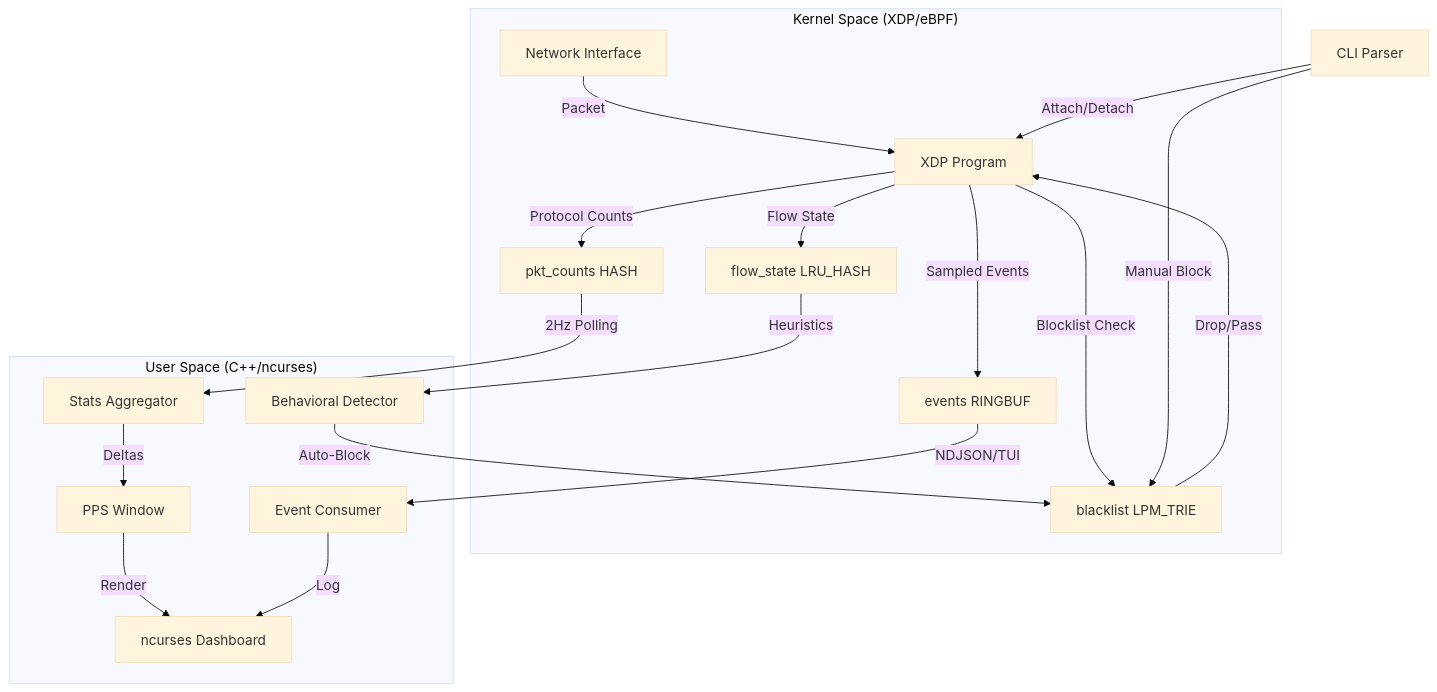
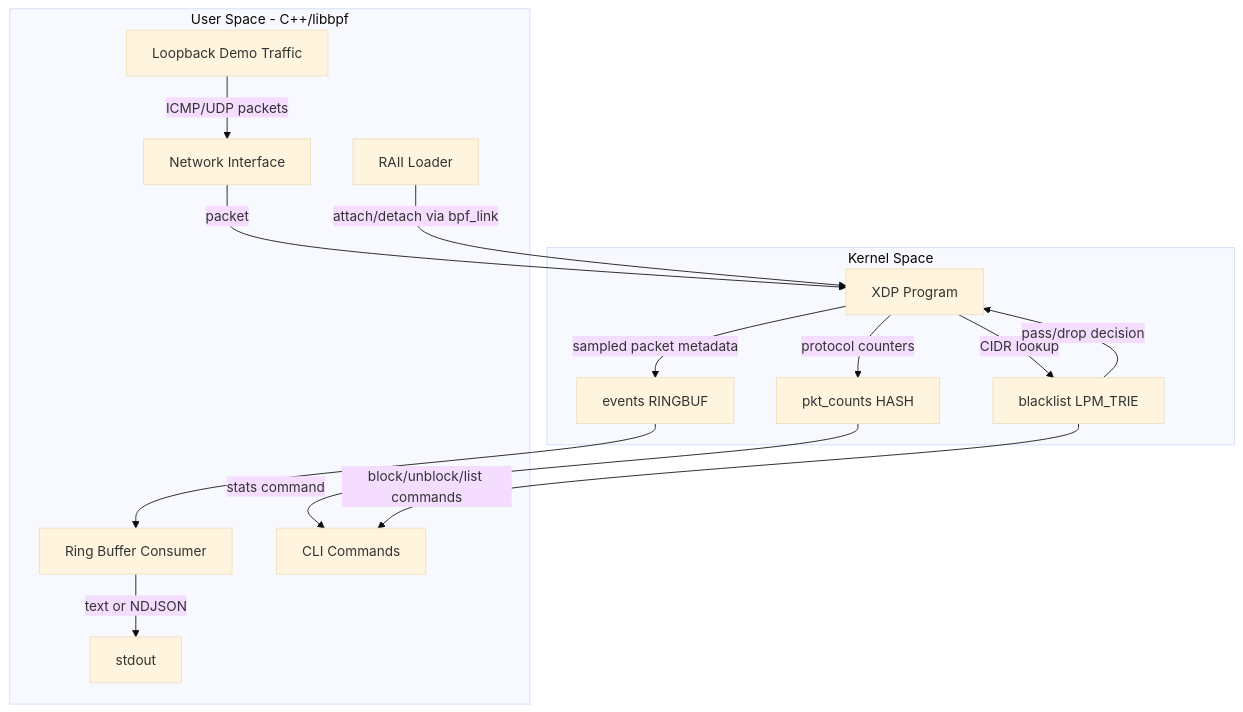
The diagram in docs/architecture.md (VectorSigmaOmega/K-Watch), drawn with Mermaid (base theme) before and after one commit. The commit also changed other lines of this file and 66 other files, not shown here.

````diff
--- a/docs/architecture.md
+++ b/docs/architecture.md
@@ -5,26 +5,25 @@
 ```mermaid
 graph TD
-    subgraph "Kernel Space (XDP/eBPF)"
-        NIC[Network Interface] -->|Packet| XDP[XDP Program]
-        XDP -->|Protocol Counts| MapPkt[pkt_counts HASH]
-        XDP -->|Flow State| MapFlow[flow_state LRU_HASH]
-        XDP -->|Blocklist Check| MapBL[blacklist LPM_TRIE]
-        XDP -->|Sampled Events| RingBuf[events RINGBUF]
-        
-        MapBL -->|Drop/Pass| XDP
+    NIC[Network Interface] -->|packet| XDP[XDP Program]
+
+    subgraph Kernel["Kernel Space"]
+        XDP -->|protocol counters| PktCounts[pkt_counts HASH]
+        XDP -->|CIDR lookup| Blacklist[blacklist LPM_TRIE]
+        XDP -->|sampled packet metadata| Events[events RINGBUF]
+        Blacklist -->|pass/drop decision| XDP
     end
 
-    subgraph "User Space (C++/ncurses)"
-        RingBuf -->|NDJSON/TUI| EventConsumer[Event Consumer]
-        MapPkt -->|2Hz Polling| StatsAggregator[Stats Aggregator]
-        MapFlow -->|Heuristics| BehavioralDetector[Behavioral Detector]
-        BehavioralDetector -->|Auto-Block| MapBL
-        
-        StatsAggregator -->|Deltas| PPSWin[PPS Window]
-        PPSWin -->|Render| TUI[ncurses Dashboard]
-        EventConsumer -->|Log| TUI
+    subgraph User["User Space - C++/libbpf"]
+        Loader[RAII Loader]
+        RingConsumer[Ring Buffer Consumer]
+        Commands[CLI Commands]
+        Demos[Loopback Demo Traffic]
+
+        Loader -->|attach/detach via bpf_link| XDP
+        Demos -->|ICMP/UDP packets| NIC
+        Events --> RingConsumer
+        PktCounts -->|stats command| Commands
+        Blacklist -->|block/unblock/list commands| Commands
+        RingConsumer -->|text or NDJSON| Stdout[stdout]
     end
-
-    CLI[CLI Parser] -->|Attach/Detach| XDP
-    CLI -->|Manual Block| MapBL
 ```
````
